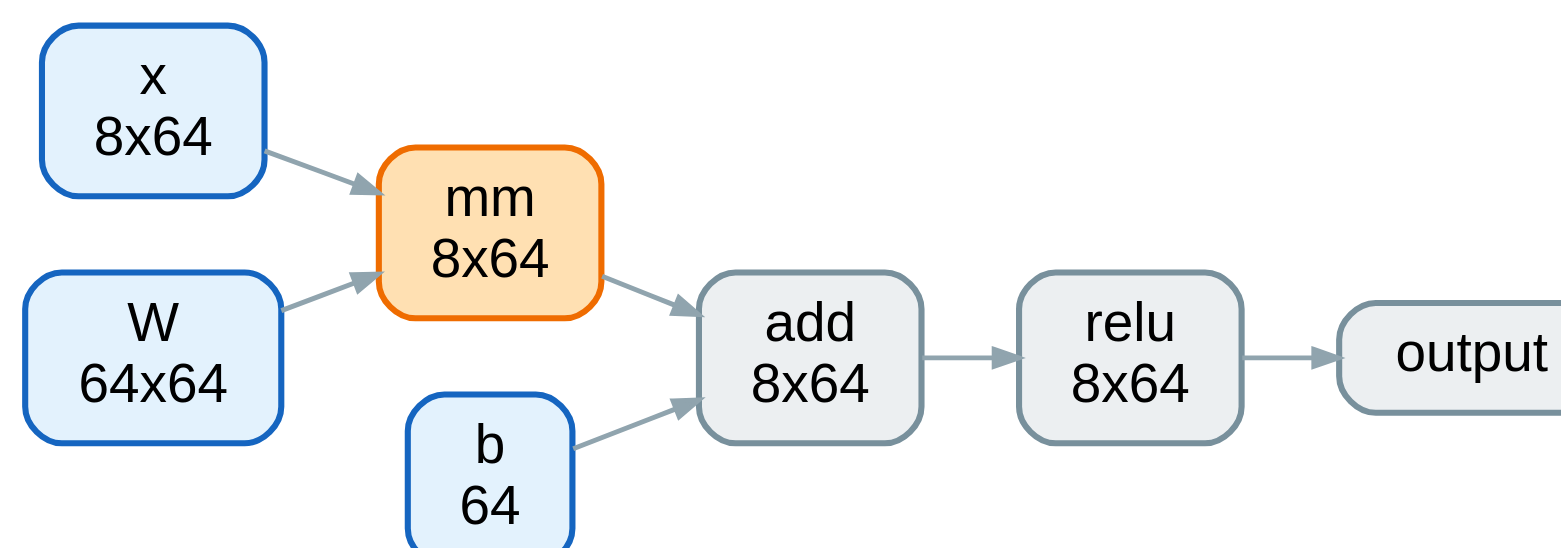
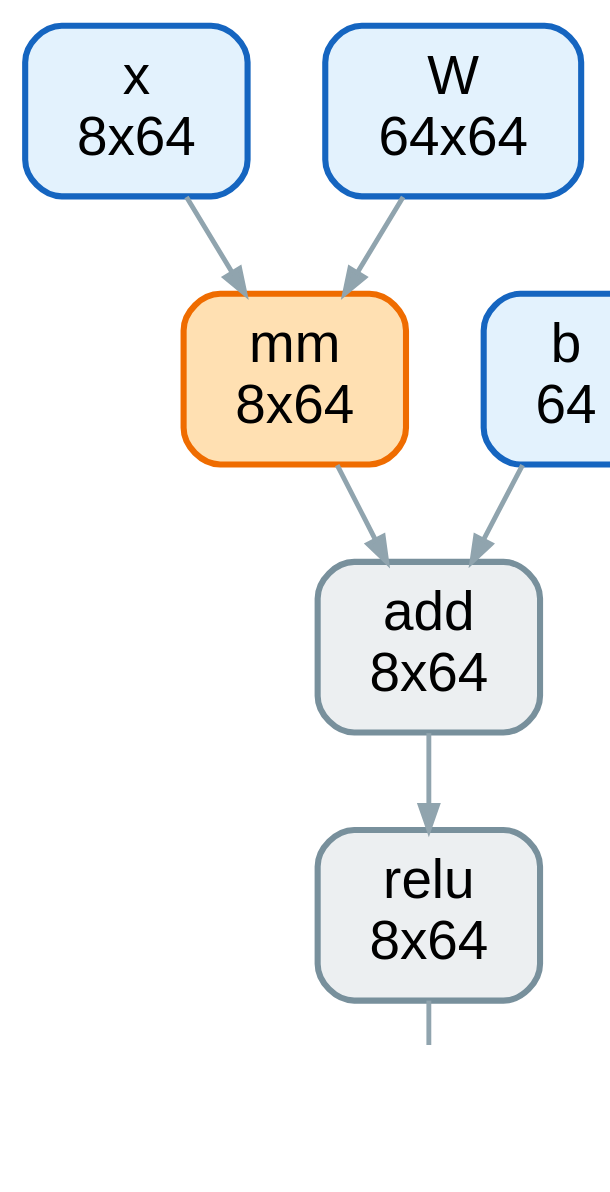
Before and after one commit to panther03/kuiLLM: the diagram in etc/graphviz/simple_graph.dot, drawn with Graphviz. The commit also changed 4 other files, not shown here.

First line of the commit message:
Make the slide graph vertical by default

```diff
--- a/etc/graphviz/simple_graph.dot
+++ b/etc/graphviz/simple_graph.dot
@@ -1,18 +1,18 @@
 digraph G {
-  graph [rankdir=LR, dpi=96, nodesep=0.35, ranksep=0.45, bgcolor="white"];
+  graph [rankdir=TB, dpi=96, nodesep=0.35, ranksep=0.45, bgcolor="white"];
   node [shape=box, style="rounded,filled", fontname="Helvetica", fontsize=18, margin="0.20,0.11", penwidth=2.0];
   edge [color="#90a4ae", arrowsize=0.8, penwidth=1.6];
   "x_1" [label="x\n8x64", fillcolor="#e3f2fd", color="#1565c0"];
   "w_1" [label="W\n64x64", fillcolor="#e3f2fd", color="#1565c0"];
   "b_1" [label="b\n64", fillcolor="#e3f2fd", color="#1565c0"];
   "mm" [label="mm\n8x64", fillcolor="#ffe0b2", color="#ef6c00"];
   "x_1" -> "mm";
   "w_1" -> "mm";
   "add" [label="add\n8x64", fillcolor="#eceff1", color="#78909c"];
   "mm" -> "add";
   "b_1" -> "add";
   "relu" [label="relu\n8x64", fillcolor="#eceff1", color="#78909c"];
   "add" -> "relu";
   "output" [label="output", fillcolor="#eceff1", color="#78909c"];
   "relu" -> "output";
 }
```
